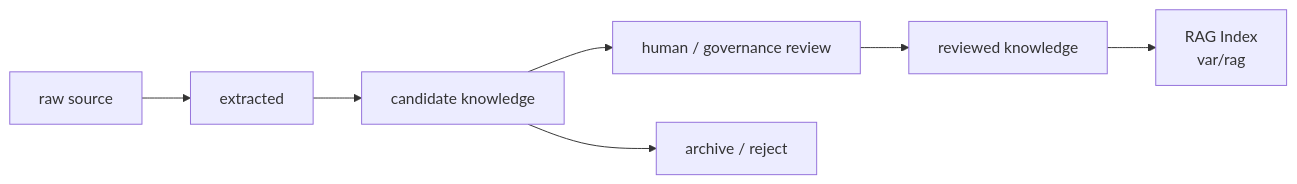
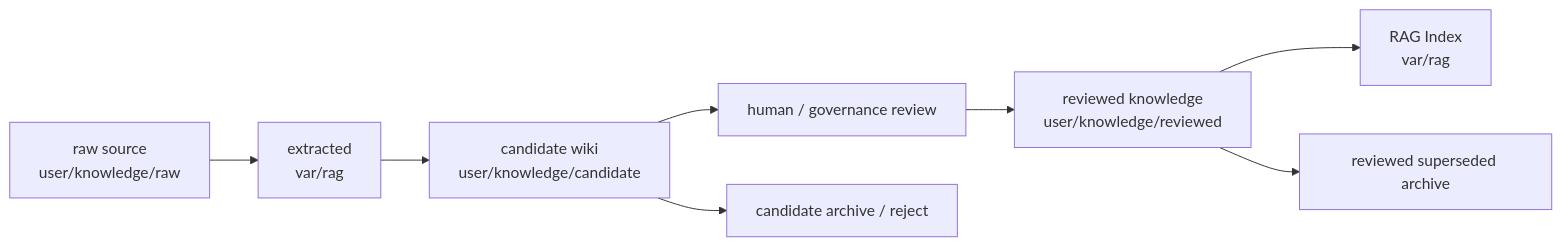
The seventh of 7 diagrams in harness/architecture/HarnessEngineering.md (KKT-OPT/Free-Harness-World), drawn with Mermaid before and after one commit. The commit also changed other lines of this file and 46 other files, not shown here.

First line of the commit message:
Close H9-4 Knowledge/RAG harness loop

````diff
--- a/harness/architecture/HarnessEngineering.md
+++ b/harness/architecture/HarnessEngineering.md
@@ -1845,9 +1963,10 @@
 ```mermaid
 flowchart LR
-    Raw["raw source"] --> Extracted["extracted"]
-    Extracted --> Candidate["candidate knowledge"]
+    Raw["raw source<br/>user/knowledge/raw"] --> Extracted["extracted<br/>var/rag"]
+    Extracted --> Candidate["candidate wiki<br/>user/knowledge/candidate"]
     Candidate --> Review["human / governance review"]
-    Review --> Reviewed["reviewed knowledge"]
+    Review --> Reviewed["reviewed knowledge<br/>user/knowledge/reviewed"]
     Reviewed --> Index["RAG Index<br/>var/rag"]
-    Candidate --> Archive["archive / reject"]
+    Candidate --> CandidateArchive["candidate archive / reject"]
+    Reviewed --> ReviewedArchive["reviewed superseded archive"]
 ```
````
